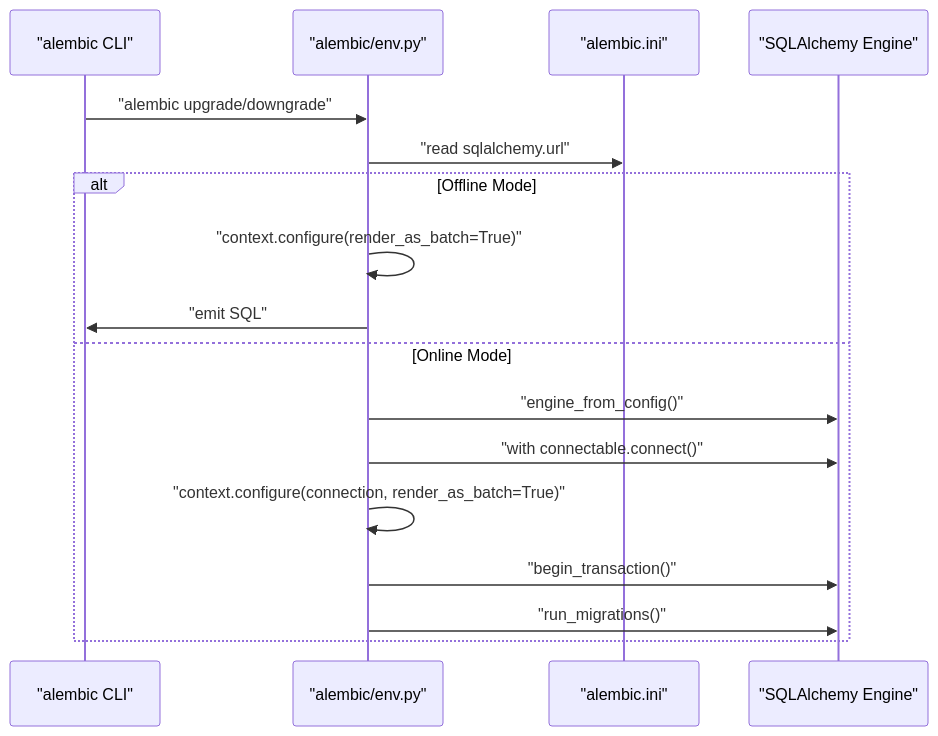
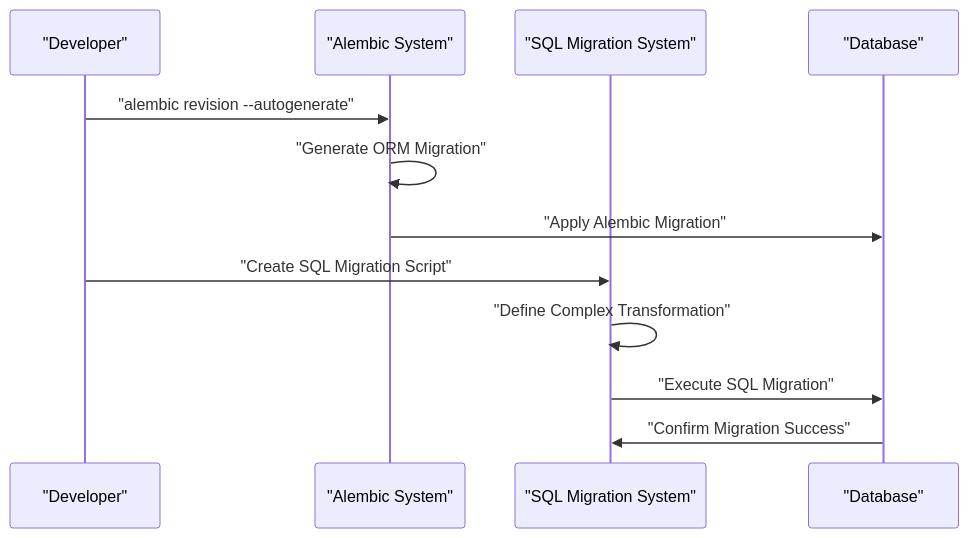
One commit to bikinaplikasipakeqoder-dot/payroll-hris changed the fourth of 6 diagrams in .qoder/repowiki/en/content/Database Configuration.md. Above: the diagram before and after it, drawn with Mermaid. The commit also changed other lines of this file and 22 other files, not shown here.

````diff
--- a/.qoder/repowiki/en/content/Database Configuration.md
+++ b/.qoder/repowiki/en/content/Database Configuration.md
@@ -157,19 +199,14 @@
 ```mermaid
 sequenceDiagram
-participant CLI as "alembic CLI"
-participant Env as "alembic/env.py"
-participant Cfg as "alembic.ini"
-participant Conn as "SQLAlchemy Engine"
-CLI->>Env : "alembic upgrade/downgrade"
-Env->>Cfg : "read sqlalchemy.url"
-alt Offline Mode
-Env->>Env : "context.configure(render_as_batch=True)"
-Env->>CLI : "emit SQL"
-else Online Mode
-Env->>Conn : "engine_from_config()"
-Env->>Conn : "with connectable.connect()"
-Env->>Env : "context.configure(connection, render_as_batch=True)"
-Env->>Conn : "begin_transaction()"
-Env->>Conn : "run_migrations()"
-end
+participant DEV as "Developer"
+participant ALEMBIC as "Alembic System"
+participant SQL_MIG as "SQL Migration System"
+participant DB as "Database"
+DEV->>ALEMBIC : "alembic revision --autogenerate"
+ALEMBIC->>ALEMBIC : "Generate ORM Migration"
+ALEMBIC->>DB : "Apply Alembic Migration"
+DEV->>SQL_MIG : "Create SQL Migration Script"
+SQL_MIG->>SQL_MIG : "Define Complex Transformation"
+SQL_MIG->>DB : "Execute SQL Migration"
+DB->>SQL_MIG : "Confirm Migration Success"
 ```
````
